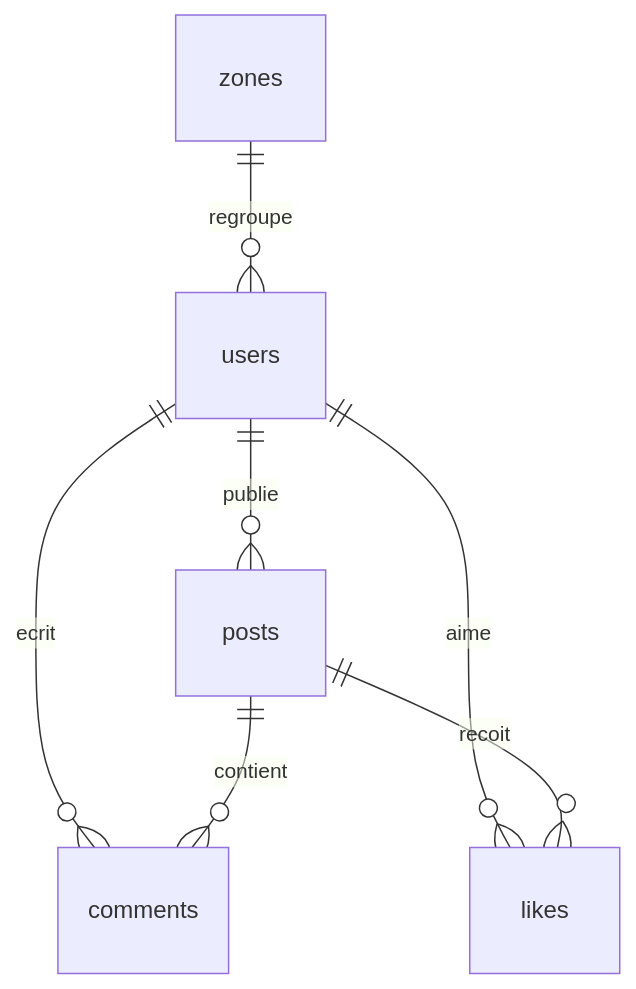
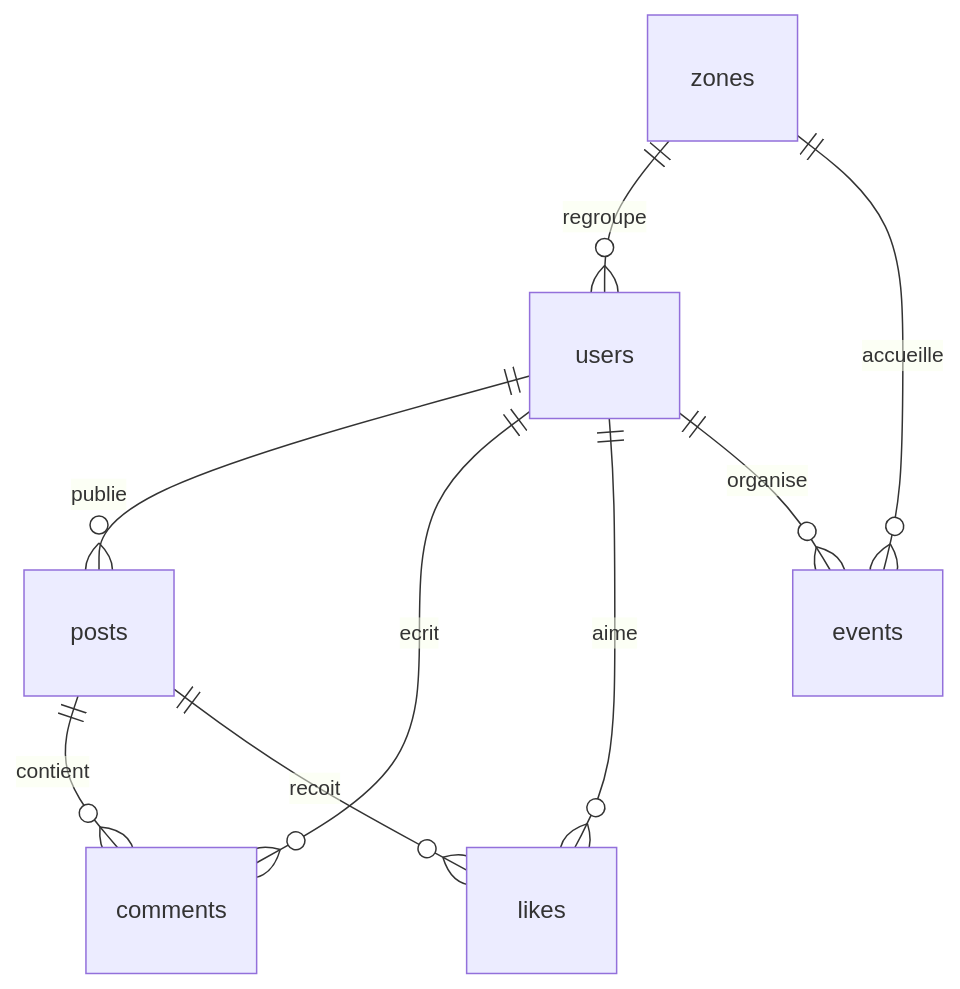
The diagram in docs/DATABASE.md (AbadieThomasPro/Gestion-de-projet), drawn with Mermaid before and after one commit. The commit also changed other lines of this file and 2 other files, not shown here.

First line of the commit message:
feat(database): add events table [LL-215]

````diff
--- a/docs/DATABASE.md
+++ b/docs/DATABASE.md
@@ -23,9 +23,11 @@
 ```mermaid
 erDiagram
     zones ||--o{ users : regroupe
     users ||--o{ posts : publie
     users ||--o{ comments : ecrit
     posts ||--o{ comments : contient
     users ||--o{ likes : aime
     posts ||--o{ likes : recoit
+    users ||--o{ events : organise
+    zones ||--o{ events : accueille
 ```
````
